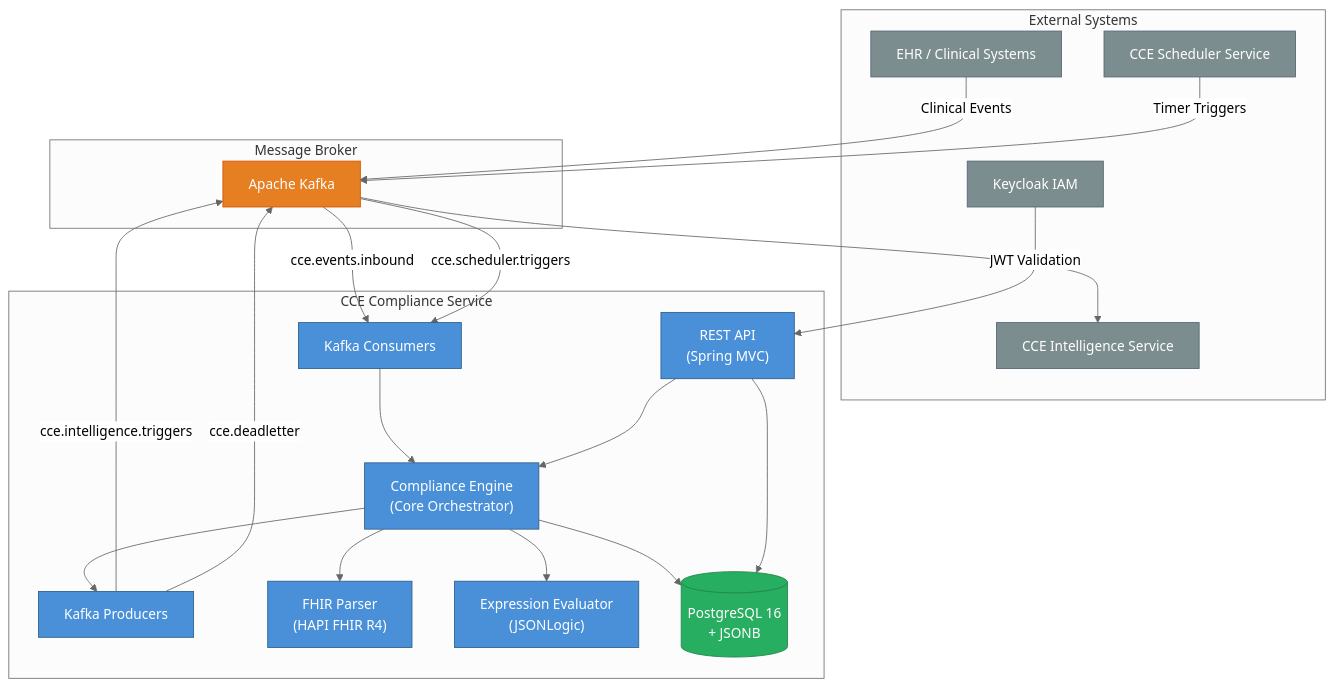
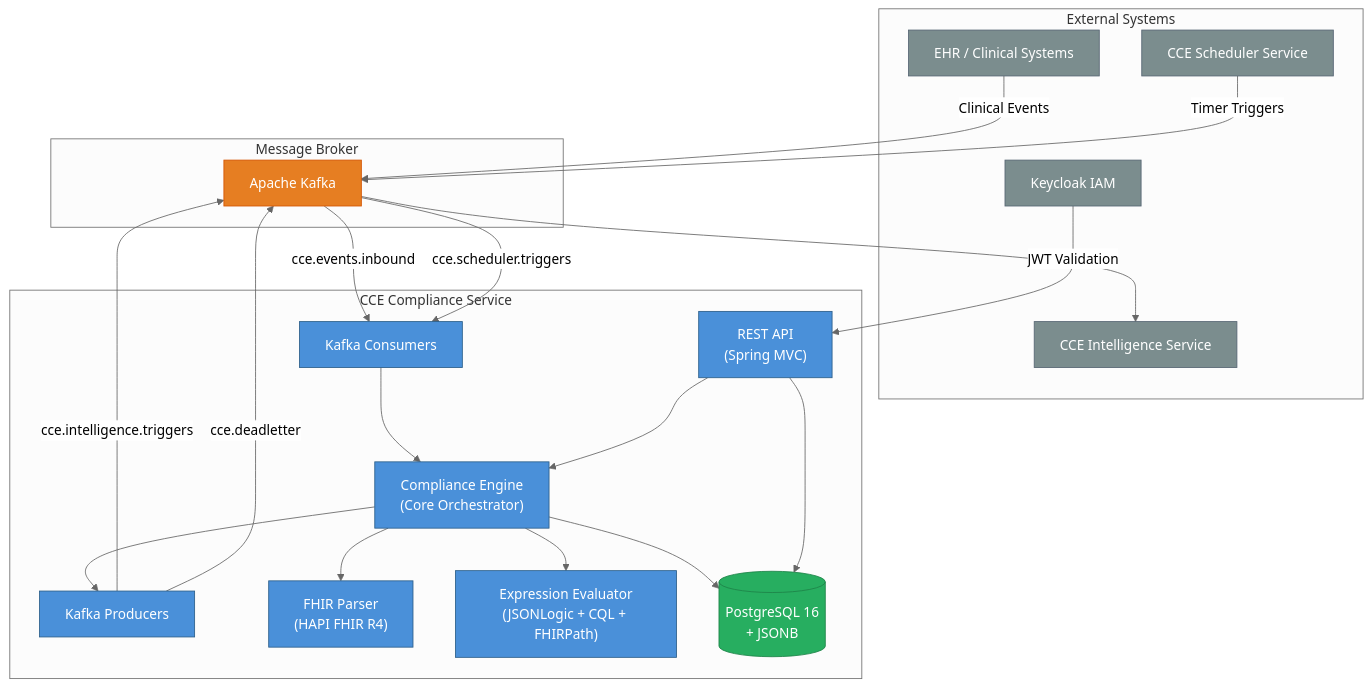
One commit to ishashankakkasali/cce-compliance-service changed the first of 2 diagrams in docs/architecture-overview.md. Above: the diagram before and after it, drawn with Mermaid (neutral theme). The commit also changed other lines of this file and 4 other files, not shown here.

````diff
--- a/docs/architecture-overview.md
+++ b/docs/architecture-overview.md
@@ -7,49 +7,49 @@
 ```mermaid
 graph TB
     subgraph External Systems
         EHR["EHR / Clinical Systems"]
         SCHEDULER["CCE Scheduler Service"]
         INTEL["CCE Intelligence Service"]
         KEYCLOAK["Keycloak IAM"]
     end
 
     subgraph CCE Compliance Service
         API["REST API<br/>(Spring MVC)"]
         ENGINE["Compliance Engine<br/>(Core Orchestrator)"]
         KAFKA_C["Kafka Consumers"]
         KAFKA_P["Kafka Producers"]
         FHIR["FHIR Parser<br/>(HAPI FHIR R4)"]
-        EXPR["Expression Evaluator<br/>(JSONLogic)"]
+        EXPR["Expression Evaluator<br/>(JSONLogic + CQL + FHIRPath)"]
         DB[("PostgreSQL 16<br/>+ JSONB")]
     end
 
     subgraph Message Broker
         KAFKA["Apache Kafka"]
     end
 
     EHR -->|"Clinical Events"| KAFKA
     SCHEDULER -->|"Timer Triggers"| KAFKA
     KAFKA -->|"cce.events.inbound"| KAFKA_C
     KAFKA -->|"cce.scheduler.triggers"| KAFKA_C
     KAFKA_C --> ENGINE
     ENGINE --> FHIR
     ENGINE --> EXPR
     ENGINE --> DB
     ENGINE --> KAFKA_P
     KAFKA_P -->|"cce.intelligence.triggers"| KAFKA
     KAFKA_P -->|"cce.deadletter"| KAFKA
     KAFKA --> INTEL
     API --> ENGINE
     API --> DB
     KEYCLOAK -->|"JWT Validation"| API
 
     classDef service fill:#4A90D9,stroke:#2C5F8A,color:white
     classDef external fill:#7B8D8E,stroke:#566573,color:white
     classDef data fill:#27AE60,stroke:#1E8449,color:white
     classDef broker fill:#E67E22,stroke:#D35400,color:white
 
     class API,ENGINE,KAFKA_C,KAFKA_P,FHIR,EXPR service
     class EHR,SCHEDULER,INTEL,KEYCLOAK external
     class DB data
     class KAFKA broker
 ```
````
